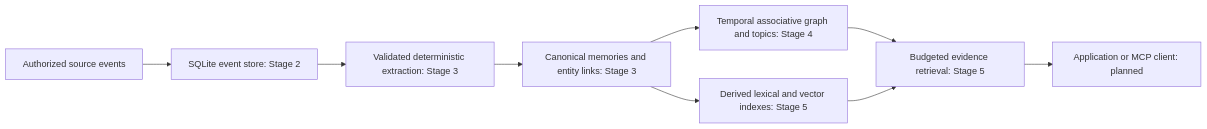
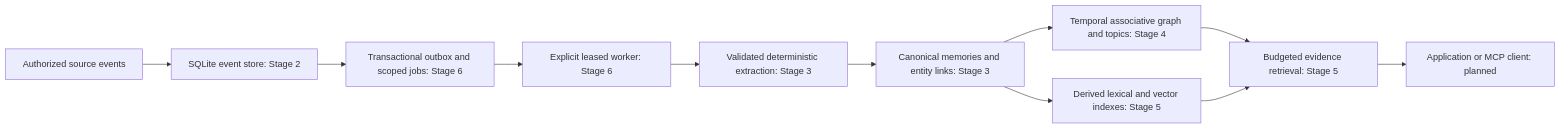
One commit to hamzah105/OOMP changed the diagram in docs/architecture.md. Above: the diagram before and after it, drawn with Mermaid. The commit also changed other lines of this file and 49 other files, not shown here.

````diff
--- a/docs/architecture.md
+++ b/docs/architecture.md
@@ -7,11 +7,13 @@
 ```mermaid
 flowchart LR
     A[Authorized source events] --> B[SQLite event store: Stage 2]
-    B --> C[Validated deterministic extraction: Stage 3]
+    B --> O[Transactional outbox and scoped jobs: Stage 6]
+    O --> W[Explicit leased worker: Stage 6]
+    W --> C[Validated deterministic extraction: Stage 3]
     C --> D[Canonical memories and entity links: Stage 3]
     D --> E[Temporal associative graph and topics: Stage 4]
     D --> F[Derived lexical and vector indexes: Stage 5]
     E --> G[Budgeted evidence retrieval: Stage 5]
     F --> G
     G --> H[Application or MCP client: planned]
 ```
````
